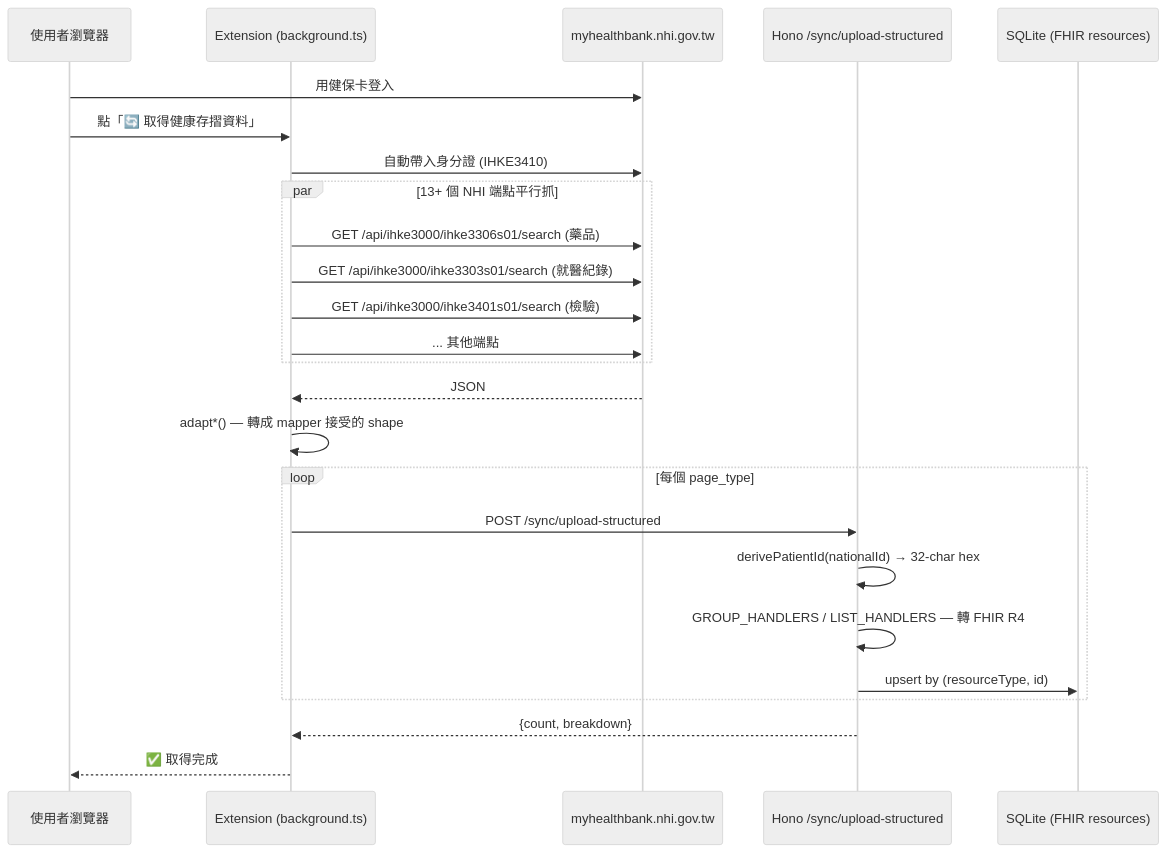
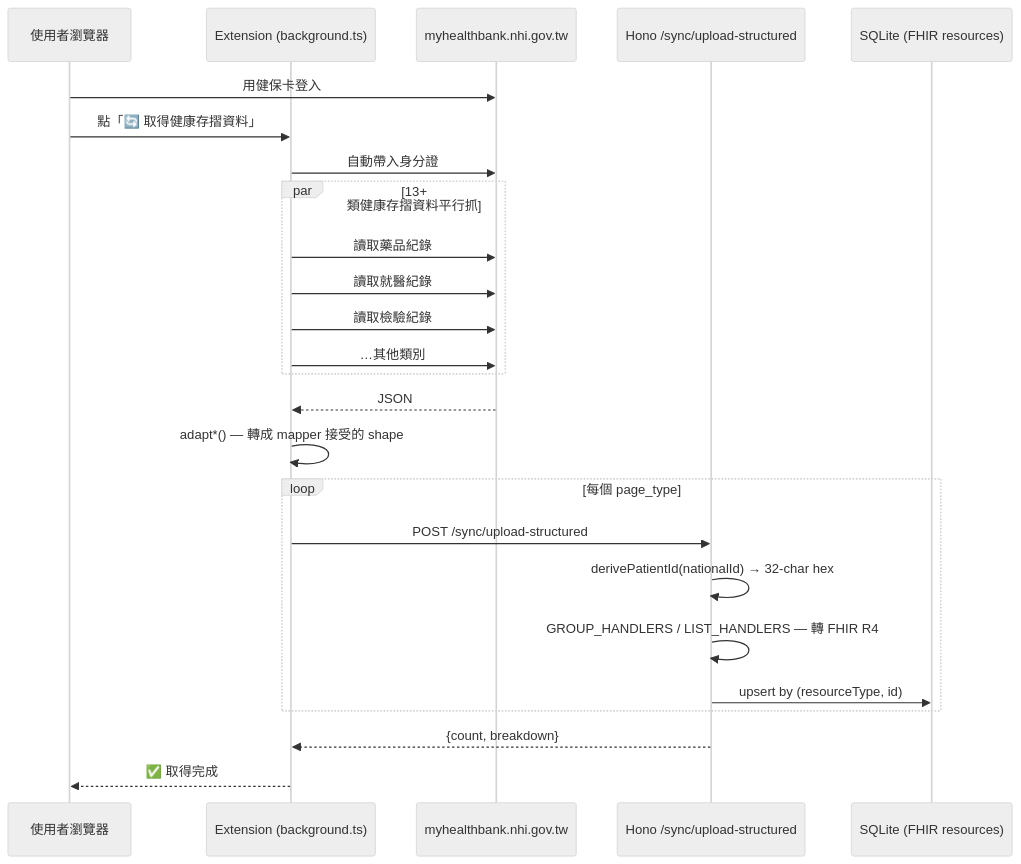
Before and after one commit to voho0000/NHI-FHIR-BRIDGE: the second of 2 diagrams in docs/ARCHITECTURE.md, drawn with Mermaid (neutral theme). The commit also changed other lines of this file, not shown here.

Commit message:
docs(architecture): genericize NHI endpoints in the mermaid diagrams
Per the keep-endpoints-out-of-public-docs directive: the data-flow + sequence
diagrams exposed IHKE3410 and /api/ihke3000/ihke33xx/search paths. Replace with
generic labels (讀取藥品/就醫/檢驗紀錄, 自動帶入身分證) — same flow, no endpoint map.

````diff
--- a/docs/ARCHITECTURE.md
+++ b/docs/ARCHITECTURE.md
@@ -80,28 +80,28 @@
 ```mermaid
 sequenceDiagram
   participant User as 使用者瀏覽器
   participant Ext as Extension (background.ts)
   participant NHI as myhealthbank.nhi.gov.tw
   participant API as Hono /sync/upload-structured
   participant DB as SQLite (FHIR resources)
 
   User->>NHI: 用健保卡登入
   User->>Ext: 點「🔄 取得健康存摺資料」
-  Ext->>NHI: 自動帶入身分證 (IHKE3410)
-  par 13+ 個 NHI 端點平行抓
-    Ext->>NHI: GET /api/ihke3000/ihke3306s01/search (藥品)
-    Ext->>NHI: GET /api/ihke3000/ihke3303s01/search (就醫紀錄)
-    Ext->>NHI: GET /api/ihke3000/ihke3401s01/search (檢驗)
-    Ext->>NHI: ... 其他端點
+  Ext->>NHI: 自動帶入身分證
+  par 13+ 類健康存摺資料平行抓
+    Ext->>NHI: 讀取藥品紀錄
+    Ext->>NHI: 讀取就醫紀錄
+    Ext->>NHI: 讀取檢驗紀錄
+    Ext->>NHI: …其他類別
   end
   NHI-->>Ext: JSON
   Ext->>Ext: adapt*() — 轉成 mapper 接受的 shape
   loop 每個 page_type
     Ext->>API: POST /sync/upload-structured
     API->>API: derivePatientId(nationalId) → 32-char hex
     API->>API: GROUP_HANDLERS / LIST_HANDLERS — 轉 FHIR R4
     API->>DB: upsert by (resourceType, id)
   end
   API-->>Ext: {count, breakdown}
   Ext-->>User: ✅ 取得完成
 ```
````
